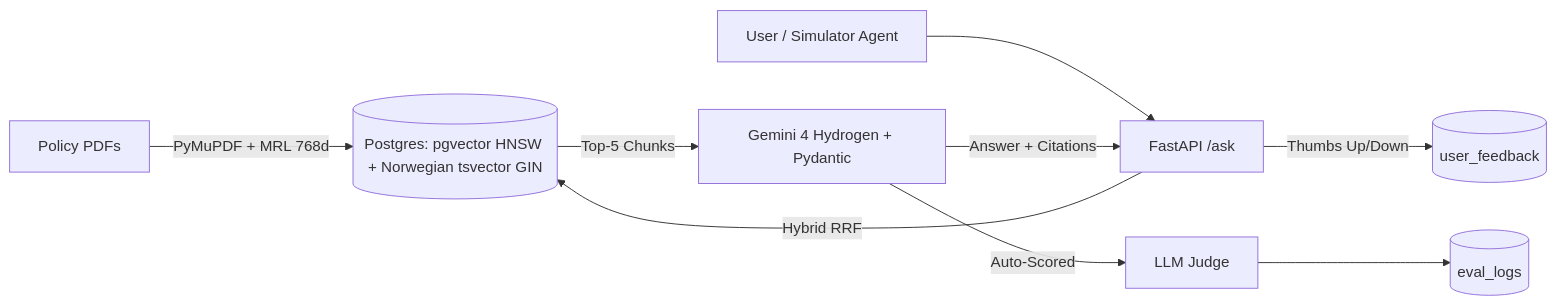
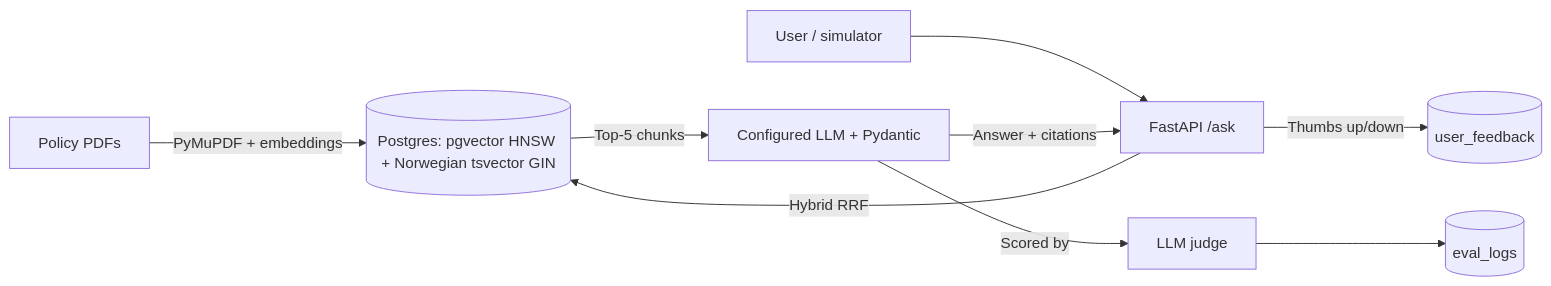
Before and after one commit to alemarin80/rag-insurance: the diagram in README.md, drawn with Mermaid. The commit also changed other lines of this file, not shown here.

````diff
--- a/README.md
+++ b/README.md
@@ -14,10 +16,10 @@
 ```mermaid
 flowchart LR
-    PDF[Policy PDFs] -->|PyMuPDF + MRL 768d| DB[(Postgres: pgvector HNSW + Norwegian tsvector GIN)]
-    Q[User / Simulator Agent] --> API[FastAPI /ask]
+    PDF[Policy PDFs] -->|PyMuPDF + embeddings| DB[(Postgres: pgvector HNSW + Norwegian tsvector GIN)]
+    Q[User / simulator] --> API[FastAPI /ask]
     API -->|Hybrid RRF| DB
-    DB -->|Top-5 Chunks| LLM[Gemini 4 Hydrogen + Pydantic]
-    LLM -->|Answer + Citations| API
-    API -->|Thumbs Up/Down| FB[(user_feedback)]
-    LLM -->|Auto-Scored| JUDGE[LLM Judge] --> EVAL[(eval_logs)]
+    DB -->|Top-5 chunks| LLM[Configured LLM + Pydantic]
+    LLM -->|Answer + citations| API
+    API -->|Thumbs up/down| FB[(user_feedback)]
+    LLM -->|Scored by| JUDGE[LLM judge] --> EVAL[(eval_logs)]
 ```
````
